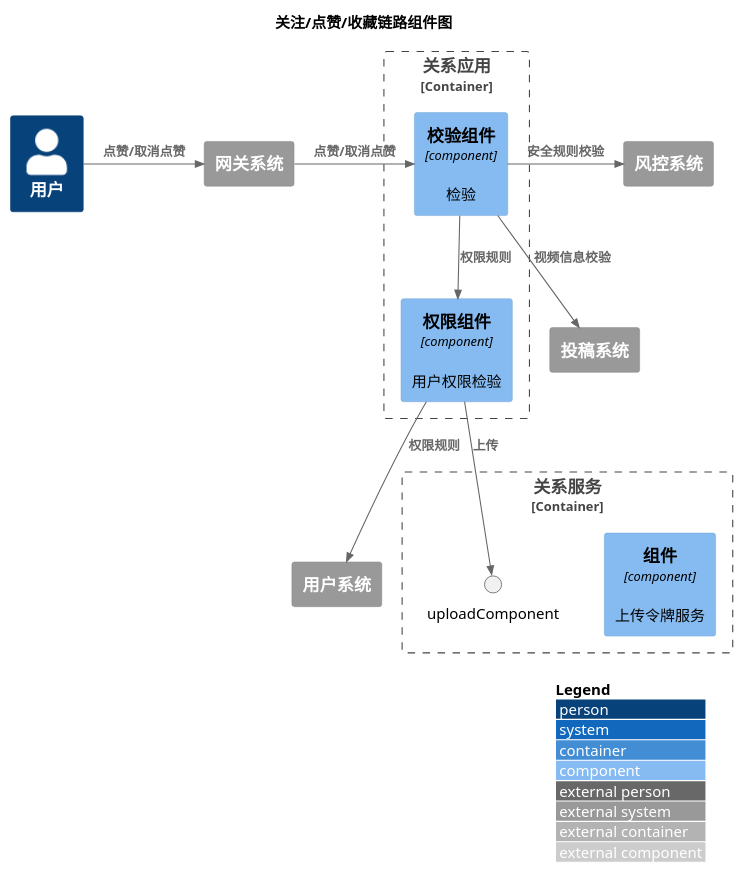
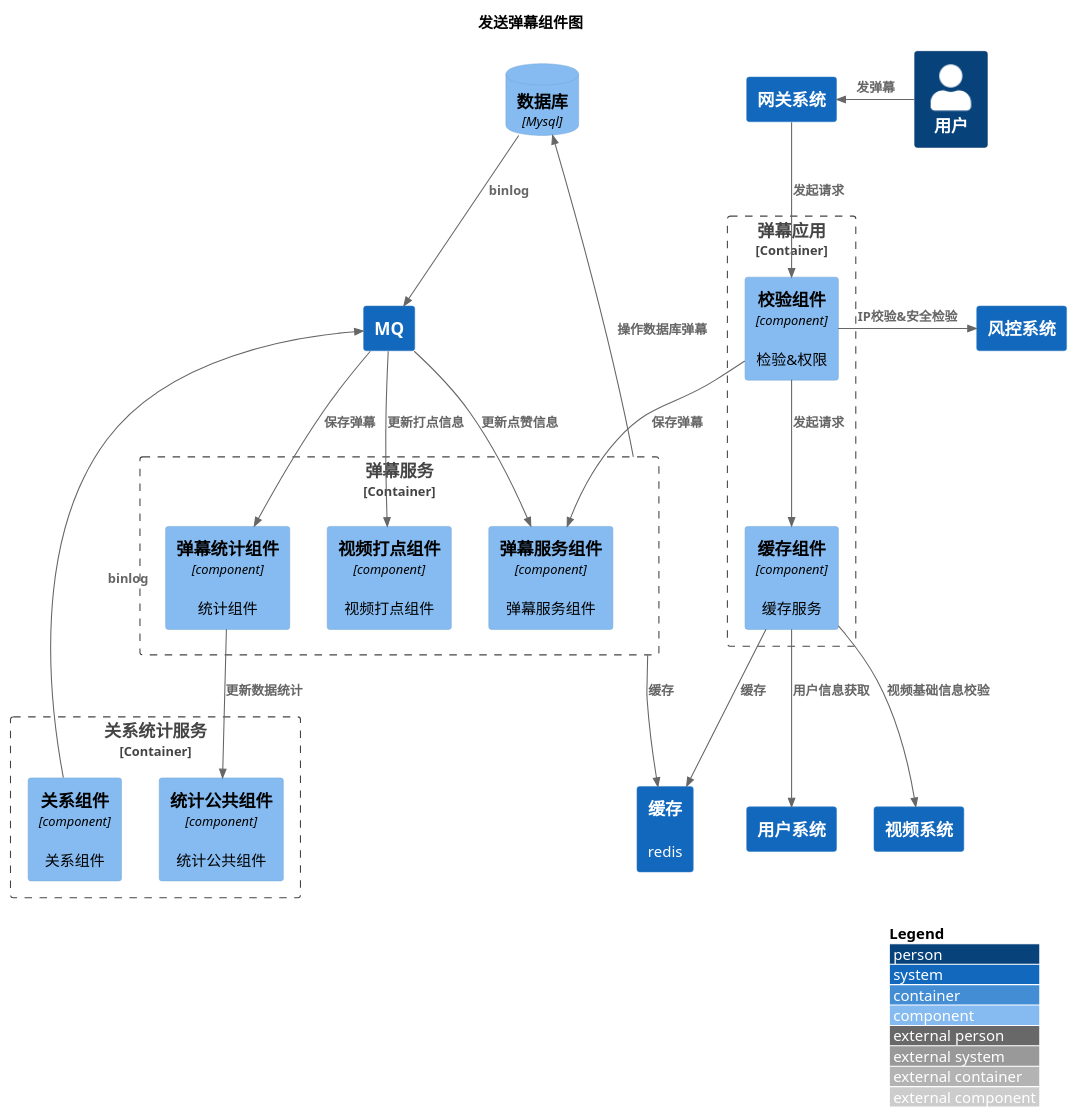
One commit to nxnnxn/community-doc changed the diagram in puml/interact/content/barrage/add/component.puml. Above: the diagram before and after it, drawn with PlantUML. The commit also changed 3 other files, not shown here.

```diff
--- a/puml/interact/content/barrage/add/component.puml
+++ b/puml/interact/content/barrage/add/component.puml
@@ -1,42 +1,57 @@
 @startuml
 !include <C4/C4_Component>
 LAYOUT_WITH_LEGEND()
 
-title 关注/点赞/收藏链路组件图
+title 发送弹幕组件图
 
 Person(user, "用户")
-System_Ext(gateway,"网关系统")
-Rel_R(user, gateway, "点赞/取消点赞")
+System(gateway,"网关系统")
 
-Container_Boundary(relationFacade, "关系应用"){
-    Component(checkComponent, "校验组件", "component", "检验")
-    Component(authComponent, "权限组件", "component", "用户权限检验")
-    Rel_R(gateway, checkComponent, "点赞/取消点赞")
-    Rel(checkComponent, authComponent, "权限规则")
+Rel_L(user, gateway, "发弹幕")
+
+Container_Boundary(barrageFacade, "弹幕应用"){
+    Component(checkComponent, "校验组件", "component", "检验&权限")
+    Component(facadeCacheComponent, "缓存组件", "component", "缓存服务")
+    Rel(checkComponent, facadeCacheComponent, "发起请求")
+}
+Container_Boundary(barrageService, "弹幕服务"){
+    Component(barrageComponent, "弹幕服务组件", "component", "弹幕服务组件")
+    Component(profileComponent, "视频打点组件", "component", "视频打点组件")
+    Component(barrageStatComponent, "弹幕统计组件", "component", "统计组件")
 }
 
-Container_Boundary(relationService, "关系服务"){
-    Component(relationComponent, "组件", "component", "上传令牌服务")
-    Rel(authComponent, uploadComponent, "上传")
+Container_Boundary(relationService, "关系统计服务"){
+    Component(relationComponent, "关系组件", "component", "关系组件")
+    Component(statComponent, "统计公共组件", "component", "统计公共组件")
 }
+System(security,"风控系统")
+System(userSystem,"用户系统")
+System(videoSystem,"视频系统")
+System(rocketmq,"MQ")
+System(redis,"缓存","redis")
+ComponentDb(db, "数据库", "Mysql")
+
+Rel(gateway, checkComponent, "发起请求")
+Rel_L(checkComponent, security, "IP校验&安全检验")
+Rel(facadeCacheComponent,videoSystem, "视频基础信息校验")
+Rel(facadeCacheComponent,userSystem, "用户信息获取")
+Rel(facadeCacheComponent,redis, "缓存")
 
 
+Rel(checkComponent,barrageComponent, "保存弹幕")
+Rel_U(barrageService,db, "操作数据库弹幕")
+Rel(db,rocketmq, "binlog")
+Rel_L(relationComponent,rocketmq, "binlog")
 
-System_Ext(security,"风控系统")
-System_Ext(video,"投稿系统")
-System_Ext(userSystem,"用户系统")
+Rel(rocketmq,profileComponent, "更新打点信息")
+Rel(rocketmq,barrageStatComponent, "保存弹幕")
+Rel(rocketmq,barrageComponent, "更新点赞信息")
 
-Rel_R(checkComponent, security, "安全规则校验")
-Rel(checkComponent, video, "视频信息校验")
-Rel(authComponent, userSystem, "权限规则")
-
-
-
-
-
+Rel(barrageStatComponent,statComponent, "更新数据统计")
+Rel(barrageService,redis, "缓存")
 
 
 
 
 
 @enduml
```
